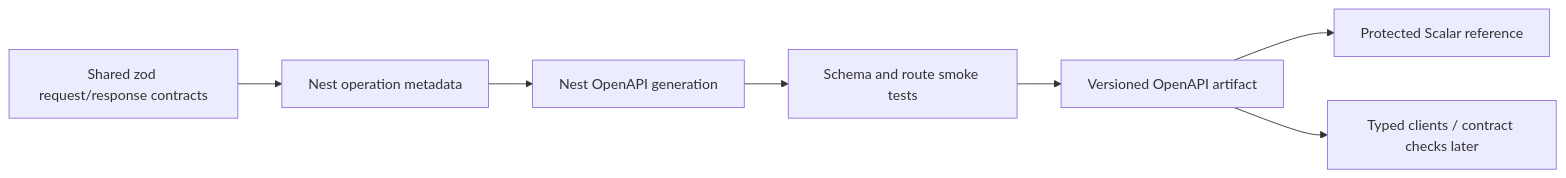
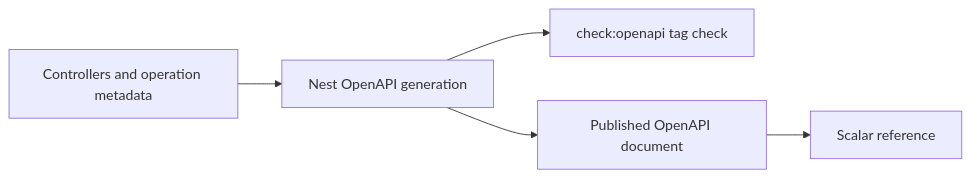
The diagram in docs/api/openapi-and-scalar.md (Kaizer-Systems/saha-textile), drawn with Mermaid before and after one commit. The commit also changed other lines of this file and 92 other files, not shown here.

````diff
--- a/docs/api/openapi-and-scalar.md
+++ b/docs/api/openapi-and-scalar.md
@@ -126,9 +30,7 @@
 ```mermaid
 flowchart LR
-    Contracts["Shared zod request/response contracts"] --> Controllers["Nest operation metadata"]
-    Controllers --> Generator["Nest OpenAPI generation"]
-    Generator --> Test["Schema and route smoke tests"]
-    Test --> Artifact["Versioned OpenAPI artifact"]
-    Artifact --> Scalar["Protected Scalar reference"]
-    Artifact --> Clients["Typed clients / contract checks later"]
+    Controllers["Controllers and operation metadata"] --> Generator["Nest OpenAPI generation"]
+    Generator --> Check["check:openapi tag check"]
+    Generator --> Document["Published OpenAPI document"]
+    Document --> Scalar["Scalar reference"]
 ```
````
